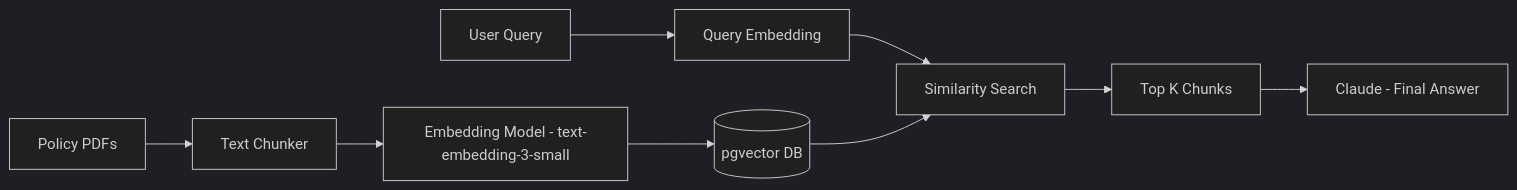
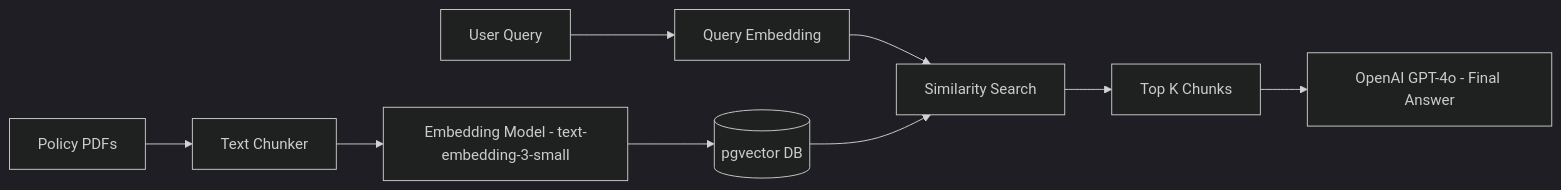
The second of 6 diagrams in architecture.md (gaurmukesh/insurance-advisor-ai), drawn with Mermaid (dark theme) before and after one commit. The commit also changed other lines of this file, not shown here.

First line of the commit message:
Update architecture.md to reflect actual LLM stack (OpenAI, not Claude)

````diff
--- a/architecture.md
+++ b/architecture.md
@@ -214,12 +214,12 @@
 ```mermaid
 graph LR
     PDF[Policy PDFs] --> CHUNK[Text Chunker]
     CHUNK --> EMB[Embedding Model - text-embedding-3-small]
     EMB --> VDB[(pgvector DB)]
 
     QUERY[User Query] --> QEMB[Query Embedding]
     QEMB --> SEARCH[Similarity Search]
     VDB --> SEARCH
     SEARCH --> CONTEXT[Top K Chunks]
-    CONTEXT --> LLM[Claude - Final Answer]
+    CONTEXT --> LLM[OpenAI GPT-4o - Final Answer]
 ```
````
